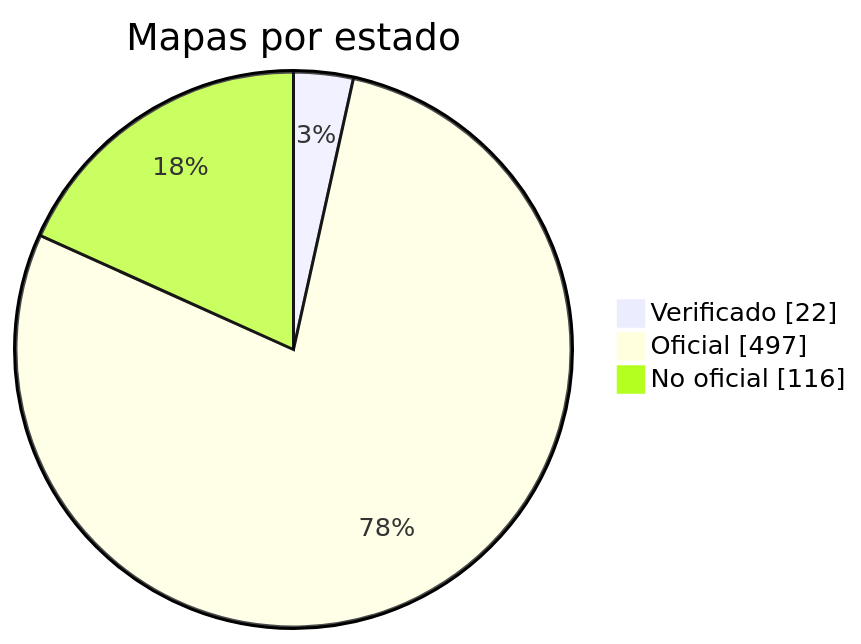
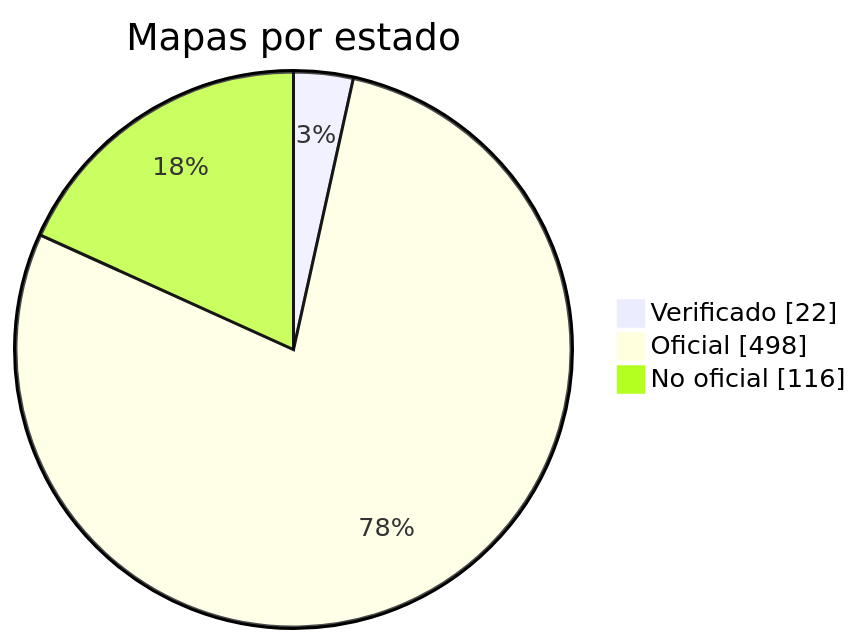
One commit to nobrega8/mbmap-library changed the diagram in docs/readme/README_ES.md. Above: the diagram before and after it, drawn with Mermaid. The commit also changed 6 other files, not shown here.

````diff
--- a/docs/readme/README_ES.md
+++ b/docs/readme/README_ES.md
@@ -54,7 +54,7 @@
 ```mermaid
 pie showData
     title Mapas por estado
     "Verificado" : 22
-    "Oficial" : 497
+    "Oficial" : 498
     "No oficial" : 116
 ```
````
